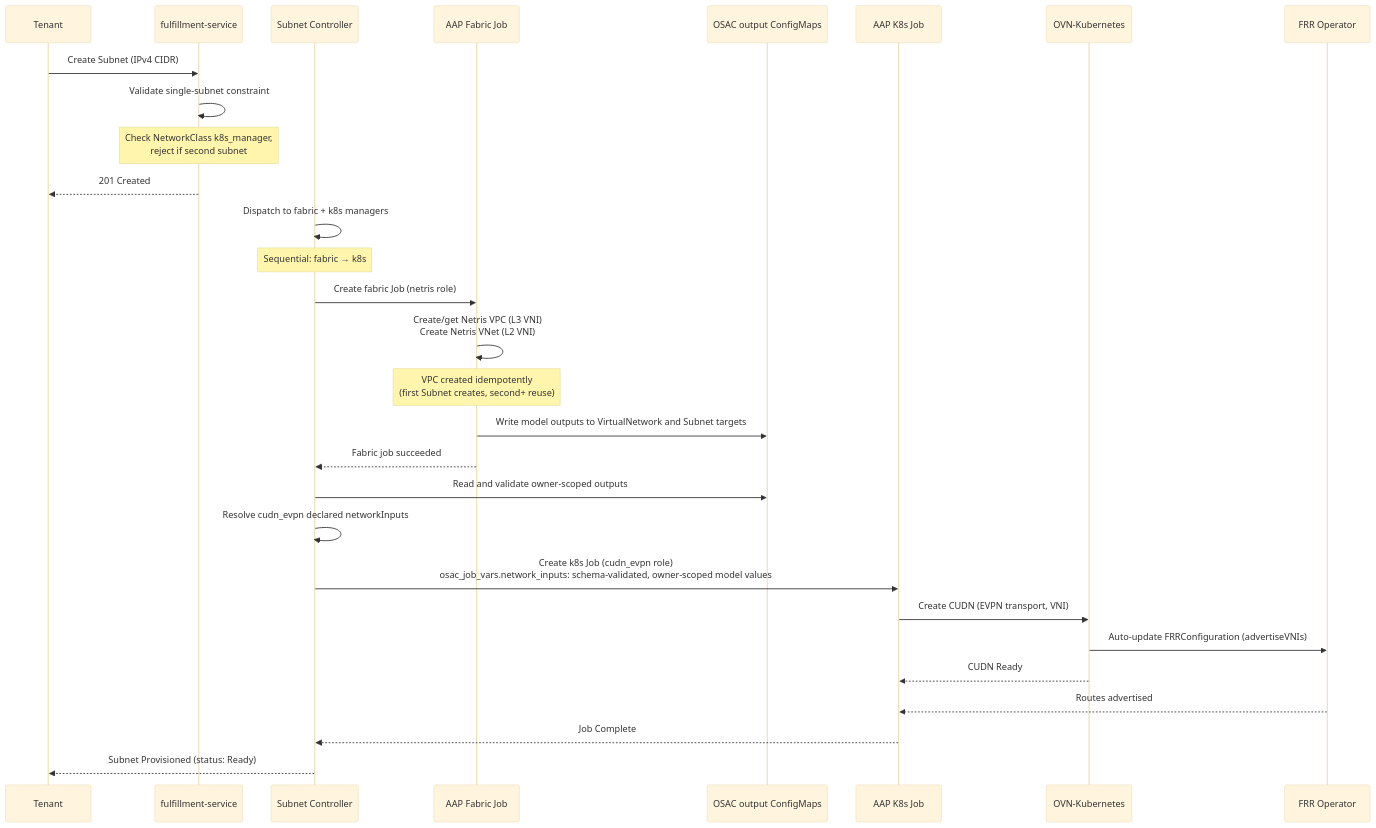
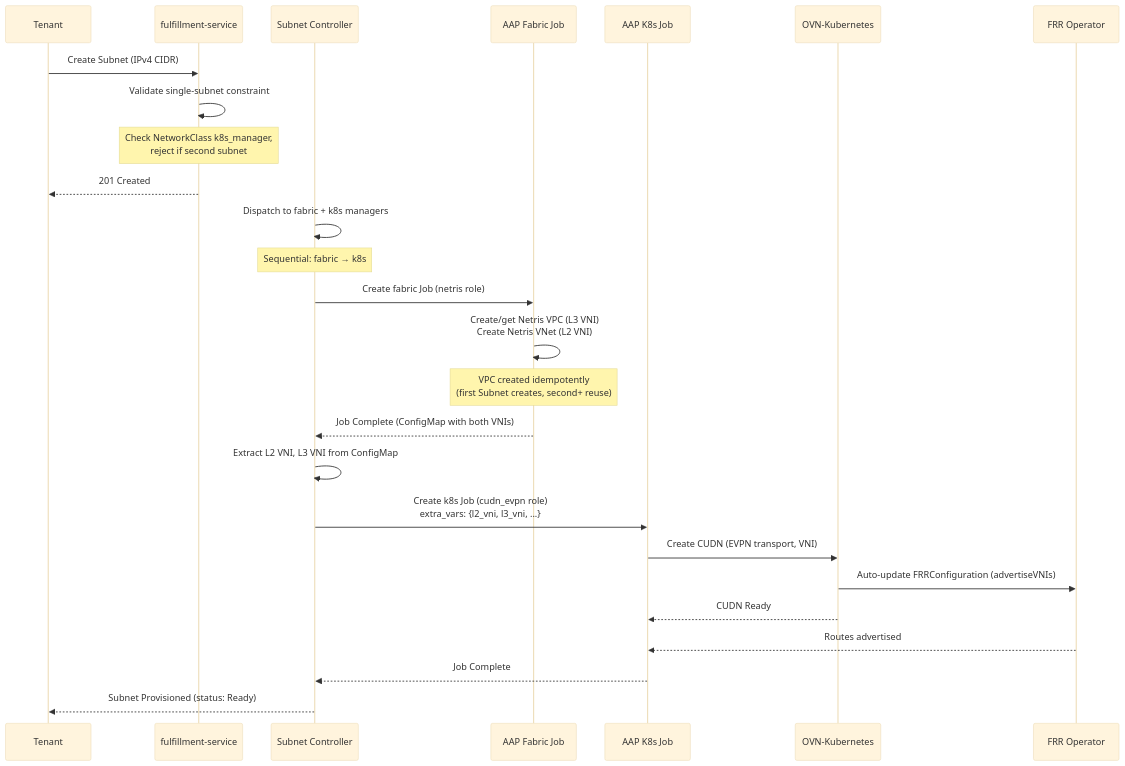
One commit to danmanor/enhancement-proposals changed the diagram in enhancements/OSAC-4291-cudn-evpn-k8s-manager-phase-1-networking/design.md. Above: the diagram before and after it, drawn with Mermaid (base theme). The commit also changed other lines of this file and 9 other files, not shown here.

````diff
--- a/enhancements/OSAC-4291-cudn-evpn-k8s-manager-phase-1-networking/design.md
+++ b/enhancements/OSAC-4291-cudn-evpn-k8s-manager-phase-1-networking/design.md
@@ -159,37 +153,34 @@
 ```mermaid
 sequenceDiagram
     participant Tenant
     participant API as fulfillment-service
     participant Controller as Subnet Controller
     participant AAP as AAP Fabric Job
-    participant Outputs as OSAC output ConfigMaps
     participant K8s as AAP K8s Job
     participant OVN as OVN-Kubernetes
     participant FRR as FRR Operator
 
     Tenant->>API: Create Subnet (IPv4 CIDR)
     API->>API: Validate single-subnet constraint
     Note over API: Check NetworkClass k8s_manager,<br/>reject if second subnet
     API-->>Tenant: 201 Created
 
     Controller->>Controller: Dispatch to fabric + k8s managers
     Note over Controller: Sequential: fabric → k8s
 
     Controller->>AAP: Create fabric Job (netris role)
     AAP->>AAP: Create/get Netris VPC (L3 VNI)<br/>Create Netris VNet (L2 VNI)
     Note over AAP: VPC created idempotently<br/>(first Subnet creates, second+ reuse)
-    AAP->>Outputs: Write model outputs to VirtualNetwork and Subnet targets
-    AAP-->>Controller: Fabric job succeeded
+    AAP-->>Controller: Job Complete (ConfigMap with both VNIs)
 
-    Controller->>Outputs: Read and validate owner-scoped outputs
-    Controller->>Controller: Resolve cudn_evpn declared networkInputs
-    Controller->>K8s: Create k8s Job (cudn_evpn role)<br/>osac_job_vars.network_inputs: schema-validated, owner-scoped model values
+    Controller->>Controller: Extract L2 VNI, L3 VNI from ConfigMap
+    Controller->>K8s: Create k8s Job (cudn_evpn role)<br/>extra_vars: {l2_vni, l3_vni, ...}
 
     K8s->>OVN: Create CUDN (EVPN transport, VNI)
     OVN->>FRR: Auto-update FRRConfiguration (advertiseVNIs)
     OVN-->>K8s: CUDN Ready
     FRR-->>K8s: Routes advertised
     K8s-->>Controller: Job Complete
 
     Controller-->>Tenant: Subnet Provisioned (status: Ready)
 ```
````
